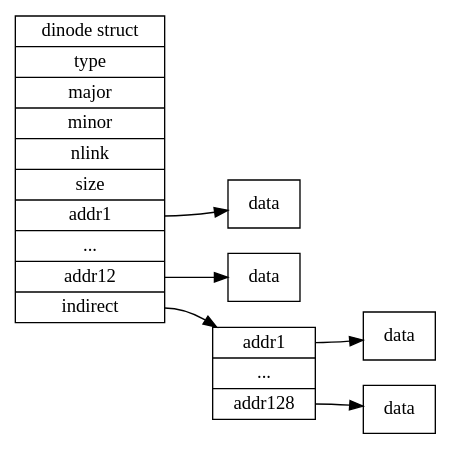
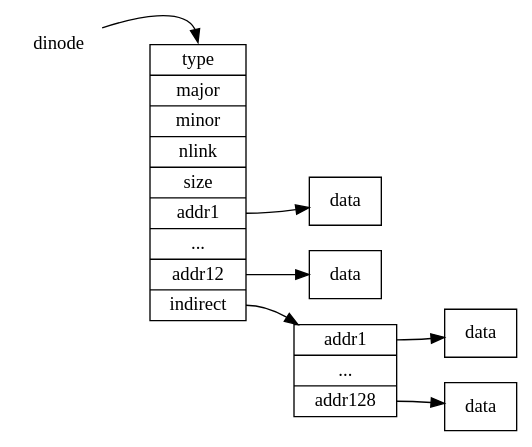
Before and after one commit to Jeanhwea/xv6-course: the diagram in 62-buffer-log.org, drawn with Graphviz. The commit also changed 1 other file, not shown here.

```diff
--- a/62-buffer-log.org
+++ b/62-buffer-log.org
@@ -11,38 +11,43 @@
 #+BEGIN_SRC dot :exports results :file ./img/dinode.png
   digraph {
     graph [
       rankdir = "LR"
     ];
+    dinode0 [
+      label = "dinode"
+      shape = none
+    ];
+    dinode0 -> dinode:n;
     dinode [
-      label = "dinode struct |type|major|minor|nlink|size|<f1>addr1|...|<f2>addr12|<f3>indirect"
+      label = "type|major|minor|nlink|size|<f1>addr1|...|<f2>addr12|<f3>indirect"
       shape = "record"
     ];
     dinode:f1 -> data01;
     data01 [
       label = "data"
       shape = "record"
     ];
     dinode:f2 -> data12;
     data12 [
       label = "data"
       shape = "record"
     ];
 
     dinode:f3 -> indrnode;
     indrnode [
       label = "<f1>addr1|...|<f2>addr128"
       shape = "record"
     ];
 
     indrnode:f1 -> idata01;
     idata01 [
       label = "data"
       shape = "record"
     ];
     indrnode:f2 -> idata128;
     idata128 [
       label = "data"
       shape = "record"
     ];
   }
 #+END_SRC
```
